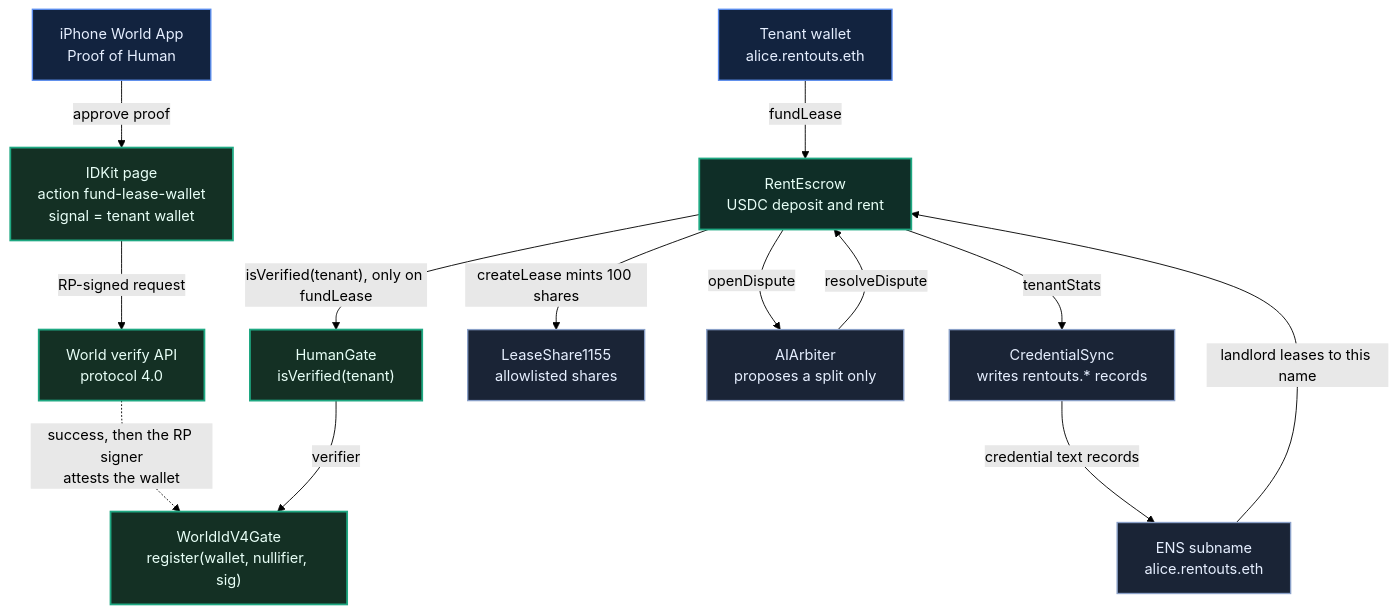
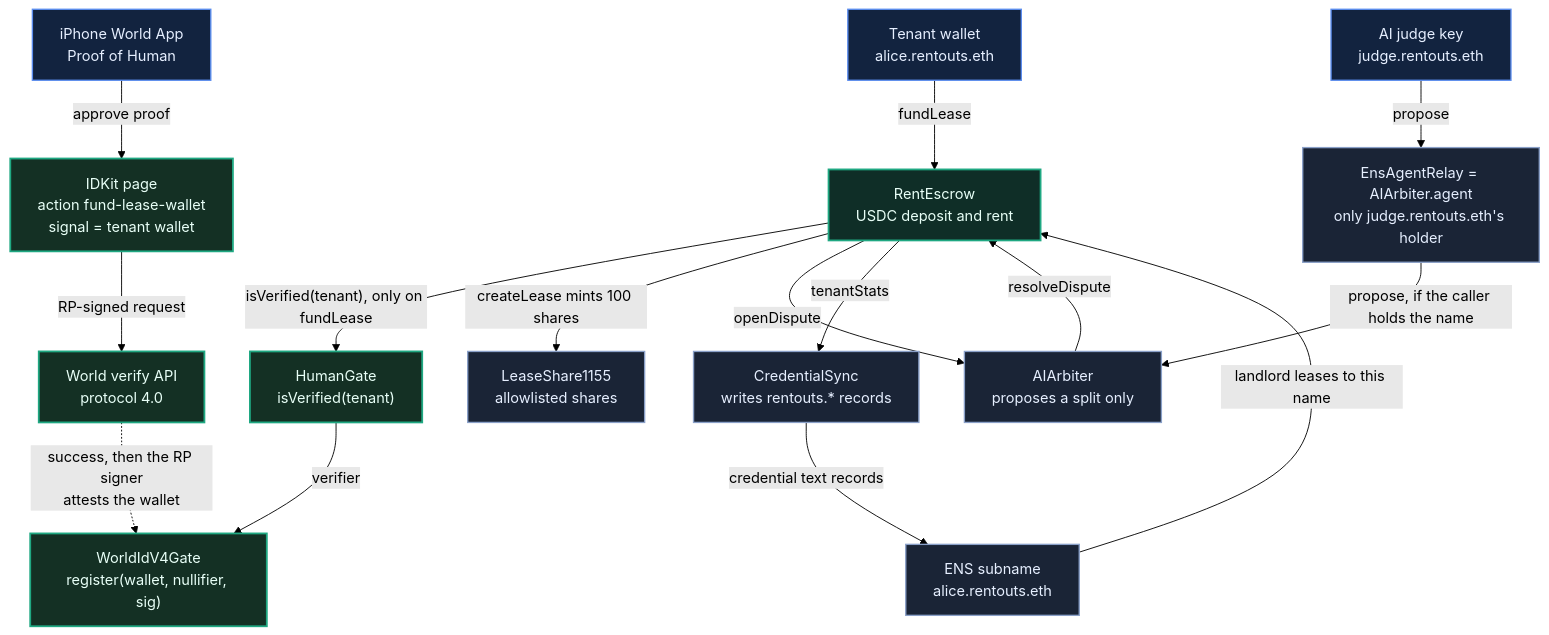
Before and after one commit to AiAlchemist0/rentouts-escrow: the first of 2 diagrams in README.md, drawn with Mermaid (forest theme). The commit also changed other lines of this file and 8 other files, not shown here.

First line of the commit message:
docs: ENS gates the AI judge (live); hosted demo app URL

````diff
--- a/README.md
+++ b/README.md
@@ -291,32 +319,36 @@
 ```mermaid
 flowchart TB
   classDef person fill:#12233f,stroke:#5b8def,stroke-width:1.5px,color:#e6efff
   classDef world fill:#143024,stroke:#1fa882,stroke-width:2px,color:#e8fff7
   classDef money fill:#0f2e27,stroke:#1fa882,stroke-width:2px,color:#e8fff7
   classDef side fill:#1a2436,stroke:#8aa0c8,stroke-width:1.5px,color:#e6efff
 
   Phone["iPhone World App<br/>Proof of Human"]:::person
   Page["IDKit page<br/>action fund-lease-wallet<br/>signal = tenant wallet"]:::world
   API["World verify API<br/>protocol 4.0"]:::world
   V4["WorldIdV4Gate<br/>register(wallet, nullifier, sig)"]:::world
   Gate["HumanGate<br/>isVerified(tenant)"]:::world
   Tenant["Tenant wallet<br/>alice.rentouts.eth"]:::person
   Escrow["RentEscrow<br/>USDC deposit and rent"]:::money
   Name["ENS subname<br/>alice.rentouts.eth"]:::side
   Share["LeaseShare1155<br/>allowlisted shares"]:::side
   Judge["AIArbiter<br/>proposes a split only"]:::side
+  Relay["EnsAgentRelay = AIArbiter.agent<br/>only judge.rentouts.eth's holder"]:::side
+  AIKey["AI judge key<br/>judge.rentouts.eth"]:::person
   Cred["CredentialSync<br/>writes rentouts.* records"]:::side
 
   Phone -->|"approve proof"| Page
   Page -->|"RP-signed request"| API
   API -.->|"success, then the RP signer<br/>attests the wallet"| V4
   Gate -->|"verifier"| V4
   Tenant -->|"fundLease"| Escrow
   Escrow -->|"isVerified(tenant), only on fundLease"| Gate
   Name -->|"landlord leases to this name"| Escrow
   Escrow -->|"createLease mints 100 shares"| Share
   Escrow -->|"openDispute"| Judge
+  AIKey -->|"propose"| Relay
+  Relay -->|"propose, if the caller holds the name"| Judge
   Judge -->|"resolveDispute"| Escrow
   Escrow -->|"tenantStats"| Cred
   Cred -->|"credential text records"| Name
 ```
````
